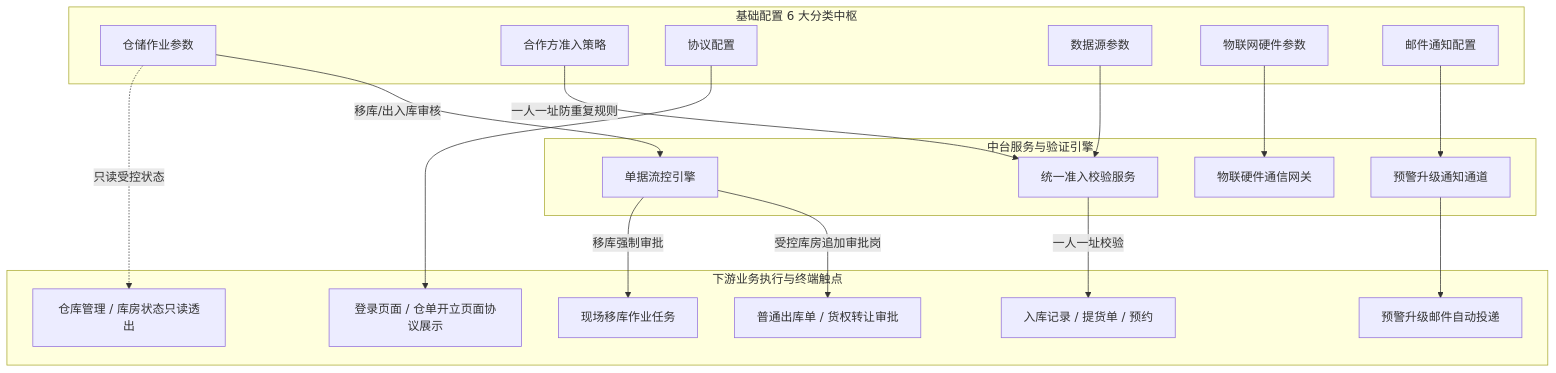
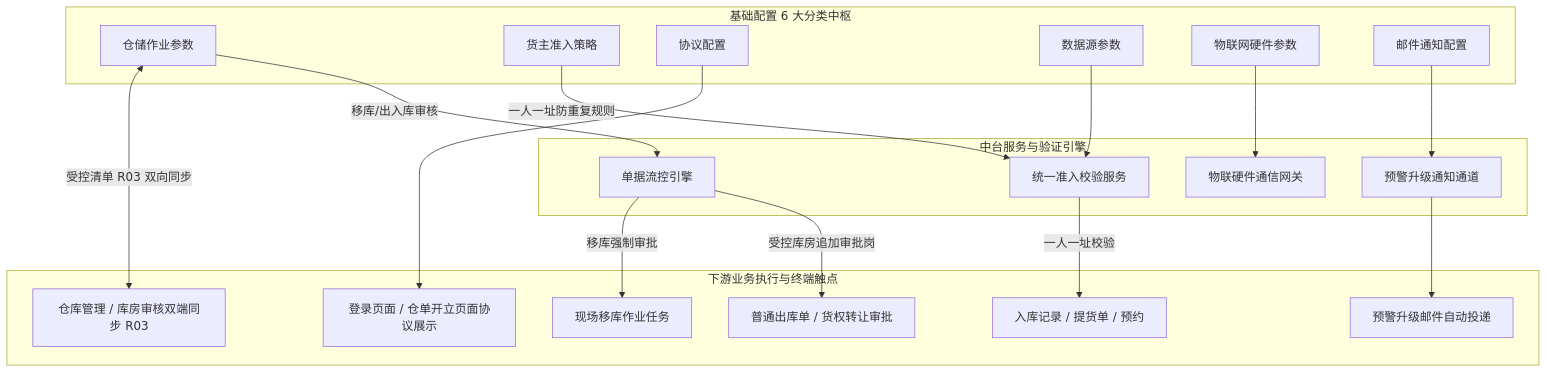
One commit to RobertHuang999/SYZC changed the diagram in 02-PRD文档/B-迭代需求/6.3版本（2026.09）/02-平台管理-基础配置/基础配置主PRD.md. Above: the diagram before and after it, drawn with Mermaid. The commit also changed other lines of this file and 163 other files, not shown here.

````diff
--- a/02-PRD文档/B-迭代需求/6.3版本（2026.09）/02-平台管理-基础配置/基础配置主PRD.md
+++ b/02-PRD文档/B-迭代需求/6.3版本（2026.09）/02-平台管理-基础配置/基础配置主PRD.md
@@ -57,40 +58,40 @@
 ```mermaid
 flowchart TD
     subgraph S1[基础配置 6 大分类中枢]
         A1[仓储作业参数]
-        A2[合作方准入策略]
+        A2[货主准入策略]
         A3[协议配置]
         A4[数据源参数]
         A5[物联网硬件参数]
         A6[邮件通知配置]
     end
 
     subgraph S2[中台服务与验证引擎]
         B1[统一准入校验服务]
         B2[单据流控引擎]
         B3[物联硬件通信网关]
         B4[预警升级通知通道]
     end
 
     subgraph S3[下游业务执行与终端触点]
         C1[入库记录 / 提货单 / 预约]
         C2[普通出库单 / 货权转让审批]
         C3[现场移库作业任务]
         C4[登录页面 / 仓单开立页面协议展示]
-        C5[仓库管理 / 库房状态只读透出]
+        C5[仓库管理 / 库房审核双端同步 R03]
         C6[预警升级邮件自动投递]
     end
 
     A1 -->|移库/出入库审核| B2
     A2 -->|一人一址防重复规则| B1
     A3 --> C4
     A4 --> B1
     A5 --> B3
     A6 --> B4
 
     B1 -->|一人一址校验| C1
     B2 -->|受控库房追加审批岗| C2
     B2 -->|移库强制审批| C3
-    A1 -.->|只读受控状态| C5
+    A1 <-->|受控清单 R03 双向同步| C5
     B4 --> C6
 ```
````
